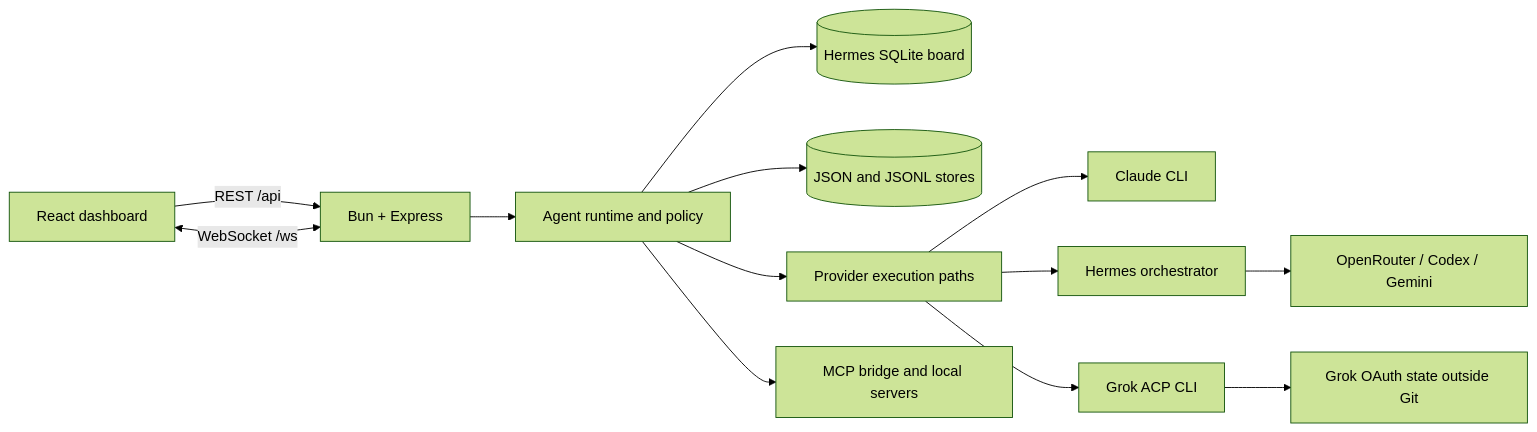
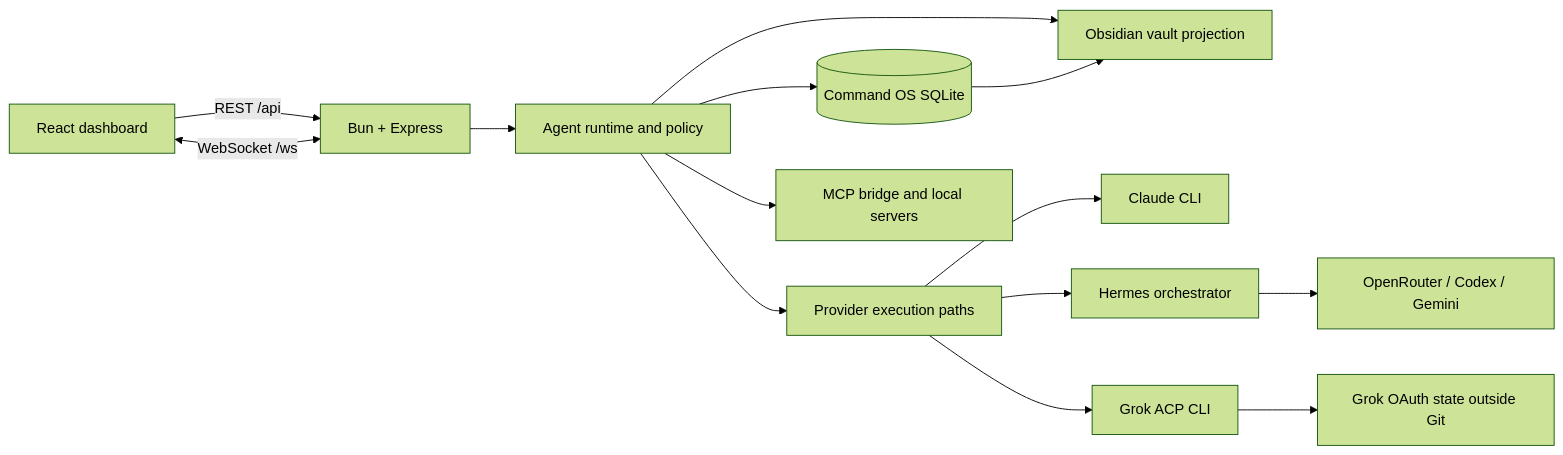
The first of 2 diagrams in chillspwn/plugin/webapp/docs/architecture.md (moeyahia/chillspwn-hermes-recovery), drawn with Mermaid (forest theme) before and after one commit. The commit also changed other lines of this file and 426 other files, not shown here.

````diff
--- a/chillspwn/plugin/webapp/docs/architecture.md
+++ b/chillspwn/plugin/webapp/docs/architecture.md
@@ -14,15 +14,16 @@
 ```mermaid
 flowchart LR
   Browser[React dashboard] -->|REST /api| Server[Bun + Express]
   Browser <-->|WebSocket /ws| Server
   Server --> Runtime[Agent runtime and policy]
-  Runtime --> Board[(Hermes SQLite board)]
-  Runtime --> Stores[(JSON and JSONL stores)]
+  Runtime --> DB[(Command OS SQLite)]
+  Runtime --> Vault[Obsidian vault projection]
+  DB --> Vault
   Runtime --> Providers[Provider execution paths]
   Providers --> Claude[Claude CLI]
   Providers --> Hermes[Hermes orchestrator]
   Providers --> Grok[Grok ACP CLI]
   Runtime --> MCP[MCP bridge and local servers]
   Hermes --> OR[OpenRouter / Codex / Gemini]
   Grok --> OAuth[Grok OAuth state outside Git]
 ```
````
